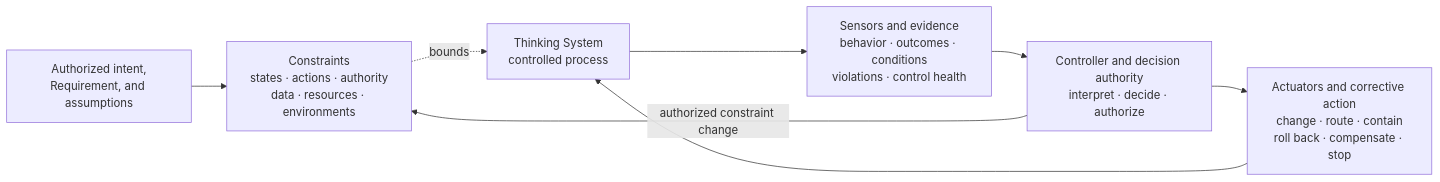
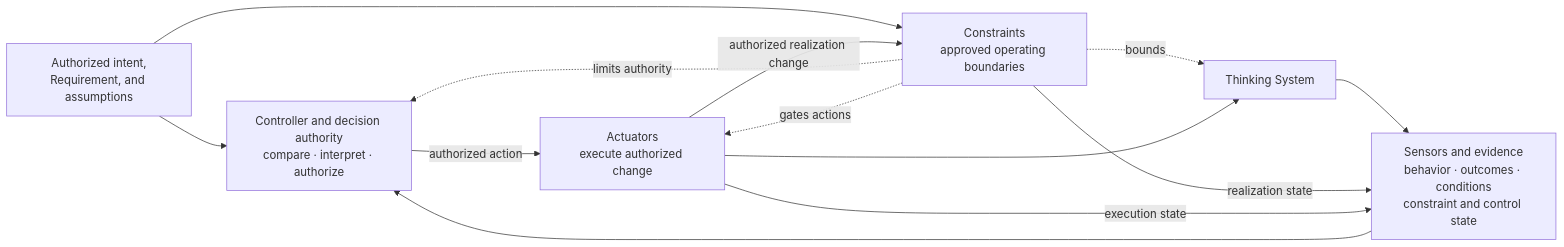
The diagram in README.md (UncertaintyArchitectureGroup/uncertainty-architecture), drawn with Mermaid before and after one commit. The commit also changed other lines of this file, not shown here.

````diff
--- a/README.md
+++ b/README.md
@@ -143,17 +57,22 @@
 ```mermaid
 flowchart LR
-    I[Authorized intent,<br/>Requirement, and assumptions]
-    K[Constraints<br/>states · actions · authority<br/>data · resources · environments]
-    P[Thinking System<br/>controlled process]
-    S[Sensors and evidence<br/>behavior · outcomes · conditions<br/>violations · control health]
-    C[Controller and decision authority<br/>interpret · decide · authorize]
-    A[Actuators and corrective action<br/>change · route · contain<br/>roll back · compensate · stop]
+    R[Authorized intent,<br/>Requirement, and assumptions]
+    K[Constraints<br/>approved operating boundaries]
+    P[Thinking System]
+    S[Sensors and evidence<br/>behavior · outcomes · conditions<br/>constraint and control state]
+    C[Controller and decision authority<br/>compare · interpret · authorize]
+    A[Actuators<br/>execute authorized change]
 
-    I --> K
+    R --> C
+    R --> K
     K -. bounds .-> P
+    K -. limits authority .-> C
+    K -. gates actions .-> A
     P --> S
+    K -->|realization state| S
+    A -->|execution state| S
     S --> C
-    C --> A
+    C -->|authorized action| A
     A --> P
-    C -->|authorized constraint change| K
+    A -->|authorized realization change| K
 ```
````
